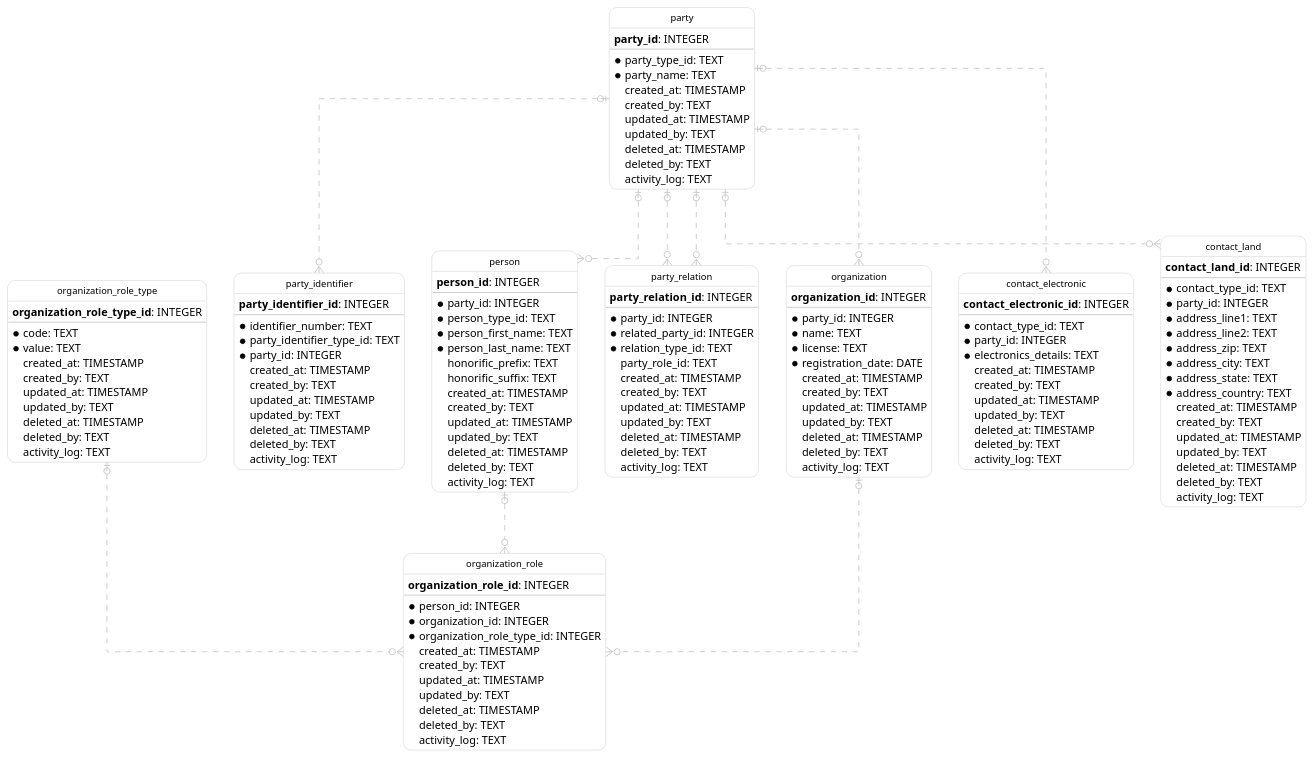
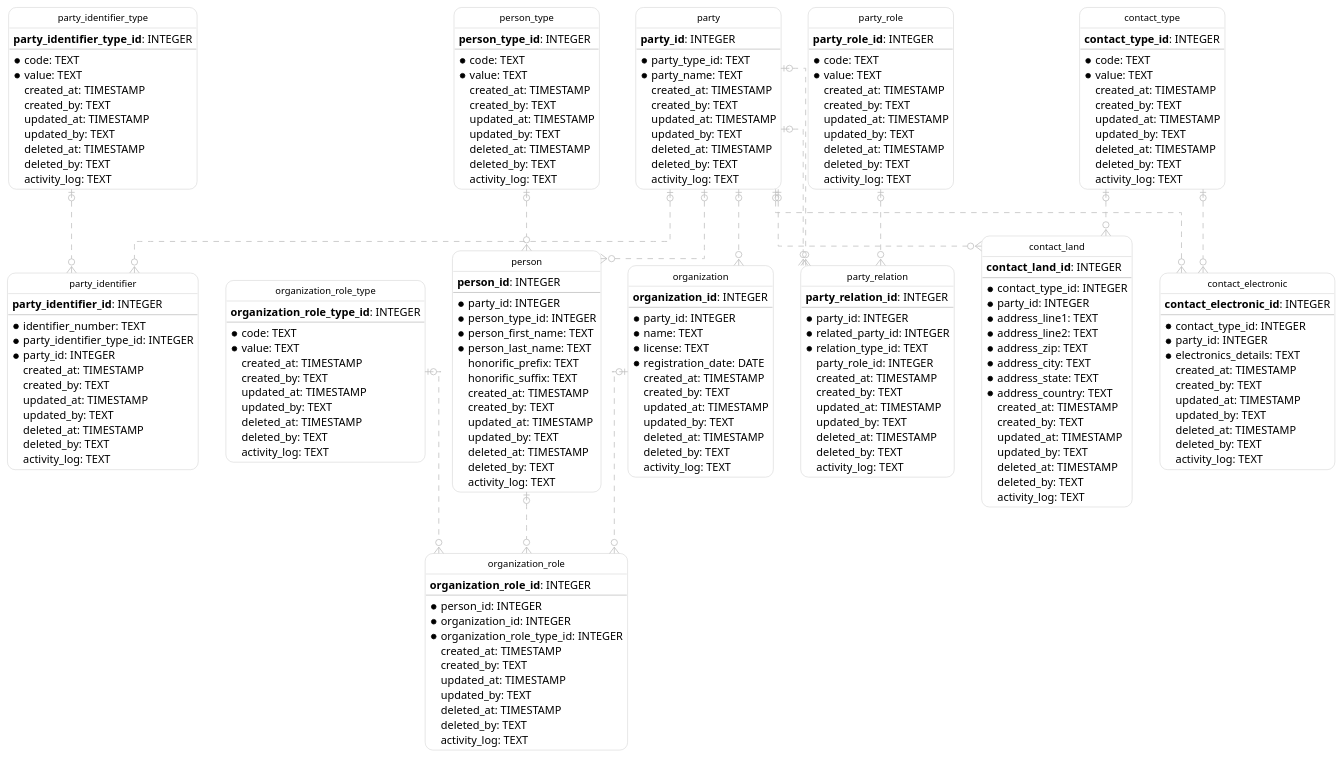
The diagram in pattern/udm/models_test.fixture.puml (netspective-labs/sql-aide), drawn with PlantUML before and after one commit. The commit also changed 13 other files, not shown here.

```diff
--- a/pattern/udm/models_test.fixture.puml
+++ b/pattern/udm/models_test.fixture.puml
@@ -12,6 +12,48 @@
 
   entity "organization_role_type" as organization_role_type {
       **organization_role_type_id**: INTEGER
+    --
+    * code: TEXT
+    * value: TEXT
+      created_at: TIMESTAMP
+      created_by: TEXT
+      updated_at: TIMESTAMP
+      updated_by: TEXT
+      deleted_at: TIMESTAMP
+      deleted_by: TEXT
+      activity_log: TEXT
+  }
+
+  entity "party_role" as party_role {
+      **party_role_id**: INTEGER
+    --
+    * code: TEXT
+    * value: TEXT
+      created_at: TIMESTAMP
+      created_by: TEXT
+      updated_at: TIMESTAMP
+      updated_by: TEXT
+      deleted_at: TIMESTAMP
+      deleted_by: TEXT
+      activity_log: TEXT
+  }
+
+  entity "party_identifier_type" as party_identifier_type {
+      **party_identifier_type_id**: INTEGER
+    --
+    * code: TEXT
+    * value: TEXT
+      created_at: TIMESTAMP
+      created_by: TEXT
+      updated_at: TIMESTAMP
+      updated_by: TEXT
+      deleted_at: TIMESTAMP
+      deleted_by: TEXT
+      activity_log: TEXT
+  }
+
+  entity "contact_type" as contact_type {
+      **contact_type_id**: INTEGER
     --
     * code: TEXT
     * value: TEXT
@@ -42,7 +84,7 @@
       **party_identifier_id**: INTEGER
     --
     * identifier_number: TEXT
-    * party_identifier_type_id: TEXT
+    * party_identifier_type_id: INTEGER
     * party_id: INTEGER
       created_at: TIMESTAMP
       created_by: TEXT
@@ -57,7 +99,7 @@
       **person_id**: INTEGER
     --
     * party_id: INTEGER
-    * person_type_id: TEXT
+    * person_type_id: INTEGER
     * person_first_name: TEXT
     * person_last_name: TEXT
       honorific_prefix: TEXT
@@ -77,7 +119,7 @@
     * party_id: INTEGER
     * related_party_id: INTEGER
     * relation_type_id: TEXT
-      party_role_id: TEXT
+      party_role_id: INTEGER
       created_at: TIMESTAMP
       created_by: TEXT
       updated_at: TIMESTAMP
@@ -121,7 +163,7 @@
   entity "contact_electronic" as contact_electronic {
       **contact_electronic_id**: INTEGER
     --
-    * contact_type_id: TEXT
+    * contact_type_id: INTEGER
     * party_id: INTEGER
     * electronics_details: TEXT
       created_at: TIMESTAMP
@@ -136,7 +178,7 @@
   entity "contact_land" as contact_land {
       **contact_land_id**: INTEGER
     --
-    * contact_type_id: TEXT
+    * contact_type_id: INTEGER
     * party_id: INTEGER
     * address_line1: TEXT
     * address_line2: TEXT
@@ -153,14 +195,33 @@
       activity_log: TEXT
   }
 
+  entity "person_type" as person_type {
+      **person_type_id**: INTEGER
+    --
+    * code: TEXT
+    * value: TEXT
+      created_at: TIMESTAMP
+      created_by: TEXT
+      updated_at: TIMESTAMP
+      updated_by: TEXT
+      deleted_at: TIMESTAMP
+      deleted_by: TEXT
+      activity_log: TEXT
+  }
+
+  party_identifier_type |o..o{ party_identifier
   party |o..o{ party_identifier
   party |o..o{ person
+  person_type |o..o{ person
   party |o..o{ party_relation
   party |o..o{ party_relation
+  party_role |o..o{ party_relation
   party |o..o{ organization
   person |o..o{ organization_role
   organization |o..o{ organization_role
   organization_role_type |o..o{ organization_role
+  contact_type |o..o{ contact_electronic
   party |o..o{ contact_electronic
+  contact_type |o..o{ contact_land
   party |o..o{ contact_land
 @enduml
```
